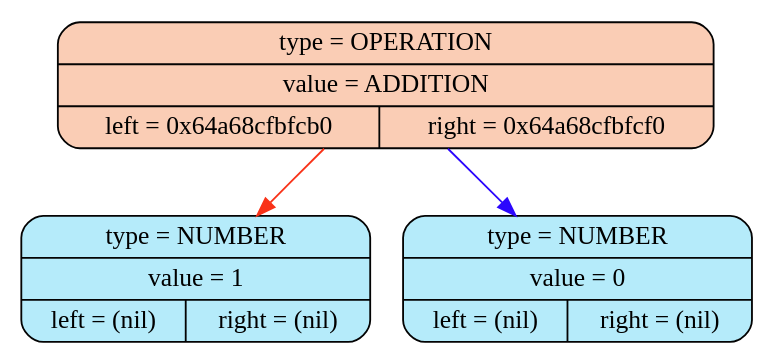
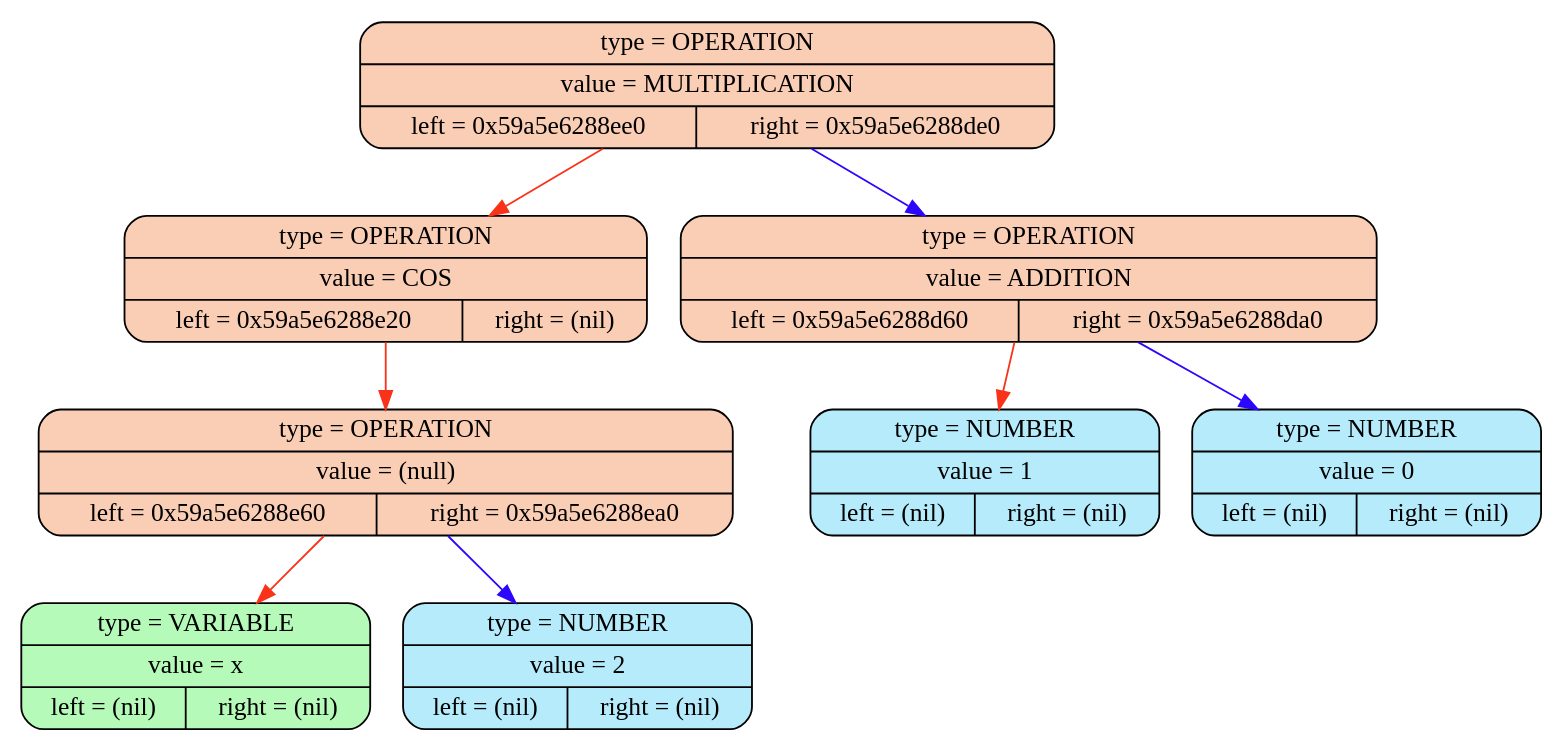
The diagram in differentiator/dot_files/diff.dot (DianaNikitina/diff), drawn with Graphviz before and after one commit. The commit also changed 17 other files, not shown here.

```diff
--- a/differentiator/dot_files/diff.dot
+++ b/differentiator/dot_files/diff.dot
@@ -1,8 +1,18 @@
 digraph structs {
 rankdir=TB;
-110666492673328 [shape=Mrecord; style = filled; fillcolor = "#facdb5ff"; color = "#030303ff"; label="{type = OPERATION | value = ADDITION | {left = 0x64a68cfbfcb0 | right = 0x64a68cfbfcf0}}";]
-110666492673200 [shape=Mrecord; style = filled; fillcolor = "#b5ebfaff"; color = "#030303ff"; label="{type = NUMBER | value = 1 | {left = (nil) | right = (nil)}}";]
-110666492673264 [shape=Mrecord; style = filled; fillcolor = "#b5ebfaff"; color = "#030303ff"; label="{type = NUMBER | value = 0 | {left = (nil) | right = (nil)}}";]
-110666492673328->110666492673200[color = "#f93319ff"]
-110666492673328->110666492673264[color = "#2c07fdff"]
+98569065893664 [shape=Mrecord; style = filled; fillcolor = "#facdb5ff"; color = "#030303ff"; label="{type = OPERATION | value = MULTIPLICATION | {left = 0x59a5e6288ee0 | right = 0x59a5e6288de0}}";]
+98569065893600 [shape=Mrecord; style = filled; fillcolor = "#facdb5ff"; color = "#030303ff"; label="{type = OPERATION | value = COS | {left = 0x59a5e6288e20 | right = (nil)}}";]
+98569065893408 [shape=Mrecord; style = filled; fillcolor = "#facdb5ff"; color = "#030303ff"; label="{type = OPERATION | value = (null) | {left = 0x59a5e6288e60 | right = 0x59a5e6288ea0}}";]
+98569065893472 [shape=Mrecord; style = filled; fillcolor = "#b5fab8ff"; color = "#030303ff"; label="{type = VARIABLE | value = x | {left = (nil) | right = (nil)}}";]
+98569065893536 [shape=Mrecord; style = filled; fillcolor = "#b5ebfaff"; color = "#030303ff"; label="{type = NUMBER | value = 2 | {left = (nil) | right = (nil)}}";]
+98569065893344 [shape=Mrecord; style = filled; fillcolor = "#facdb5ff"; color = "#030303ff"; label="{type = OPERATION | value = ADDITION | {left = 0x59a5e6288d60 | right = 0x59a5e6288da0}}";]
+98569065893216 [shape=Mrecord; style = filled; fillcolor = "#b5ebfaff"; color = "#030303ff"; label="{type = NUMBER | value = 1 | {left = (nil) | right = (nil)}}";]
+98569065893280 [shape=Mrecord; style = filled; fillcolor = "#b5ebfaff"; color = "#030303ff"; label="{type = NUMBER | value = 0 | {left = (nil) | right = (nil)}}";]
+98569065893664->98569065893600[color = "#f93319ff"]
+98569065893664->98569065893344[color = "#2c07fdff"]
+98569065893600->98569065893408[color = "#f93319ff"]
+98569065893408->98569065893472[color = "#f93319ff"]
+98569065893408->98569065893536[color = "#2c07fdff"]
+98569065893344->98569065893216[color = "#f93319ff"]
+98569065893344->98569065893280[color = "#2c07fdff"]
 }
```
